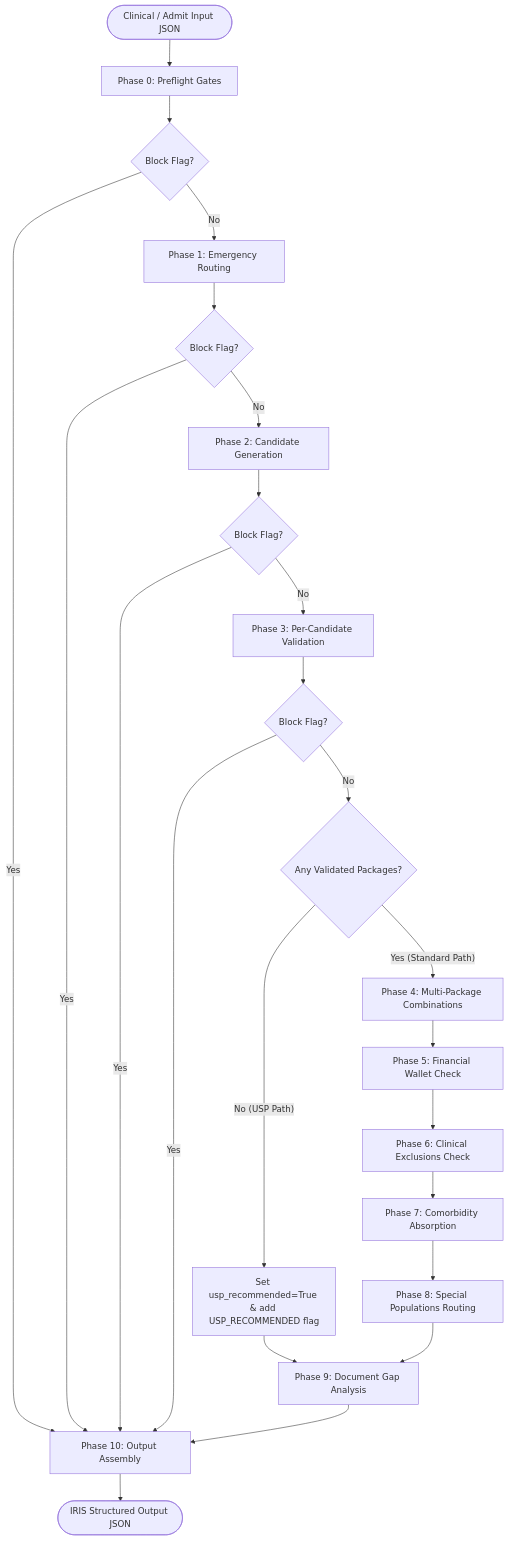
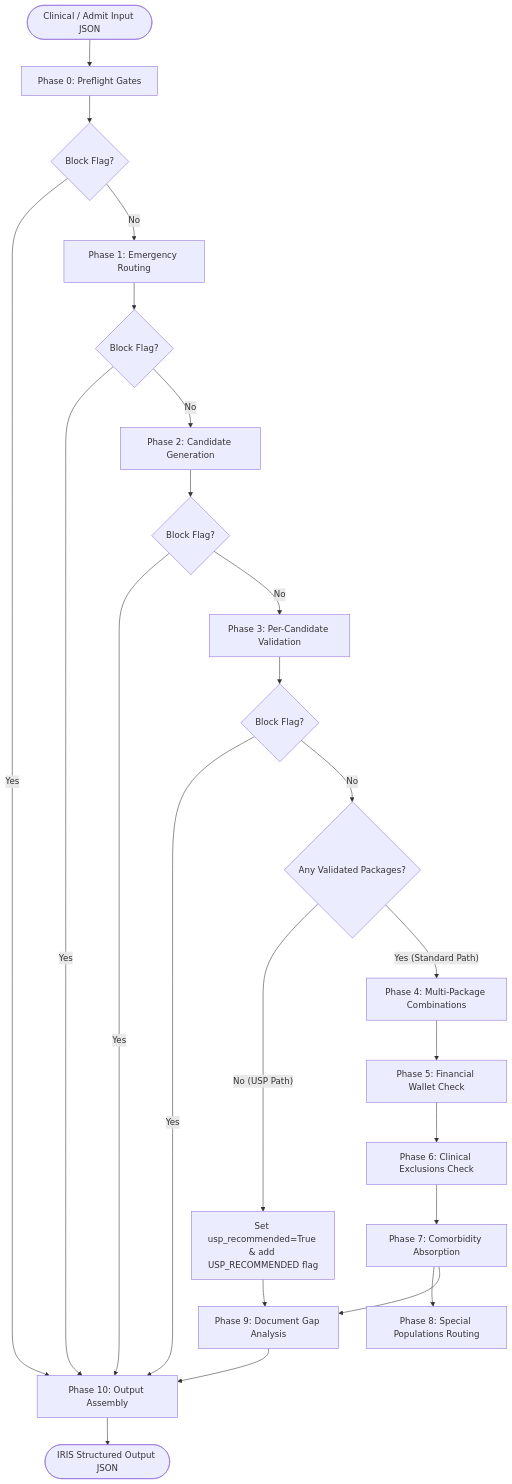
Before and after one commit to Hanneeth/1hat-phase-1: the diagram in SYSTEM_DESIGN.md, drawn with Mermaid. The commit also changed other lines of this file and 1 other file, not shown here.

````diff
--- a/SYSTEM_DESIGN.md
+++ b/SYSTEM_DESIGN.md
@@ -33,29 +33,29 @@
 ```mermaid
 flowchart TD
     Start([Clinical / Admit Input JSON]) --> P0[Phase 0: Preflight Gates]
     P0 --> C0{Block Flag?}
     C0 -- Yes --> P10[Phase 10: Output Assembly]
     C0 -- No --> P1[Phase 1: Emergency Routing]
     P1 --> C1{Block Flag?}
     C1 -- Yes --> P10
     C1 -- No --> P2[Phase 2: Candidate Generation]
     P2 --> C2{Block Flag?}
     C2 -- Yes --> P10
     C2 -- No --> P3[Phase 3: Per-Candidate Validation]
     P3 --> C3{Block Flag?}
     C3 -- Yes --> P10
     C3 -- No --> C3_Empty{Any Validated Packages?}
     
     C3_Empty -- No (USP Path) --> USP_Set[Set usp_recommended=True & add USP_RECOMMENDED flag]
     USP_Set --> P9[Phase 9: Document Gap Analysis]
     
     C3_Empty -- Yes (Standard Path) --> P4[Phase 4: Multi-Package Combinations]
     P4 --> P5[Phase 5: Financial Wallet Check]
     P5 --> P6[Phase 6: Clinical Exclusions Check]
     P6 --> P7[Phase 7: Comorbidity Absorption]
     P7 --> P8[Phase 8: Special Populations Routing]
-    P8 --> P9
+    P7 --> P9
     
     P9 --> P10
     P10 --> End([IRIS Structured Output JSON])
 ```
````
